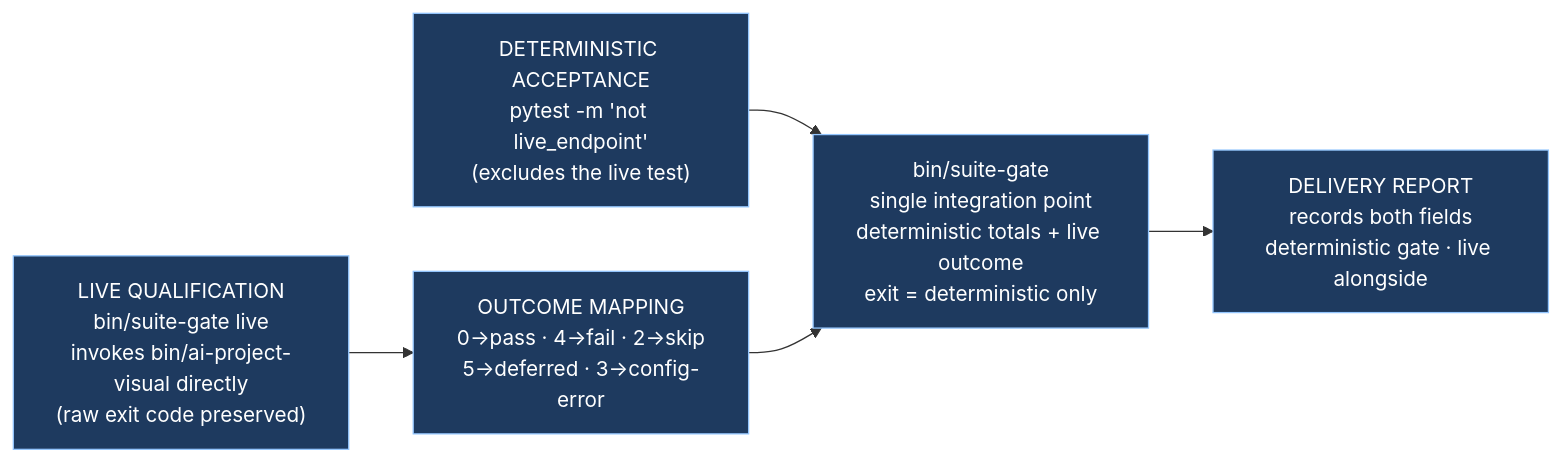
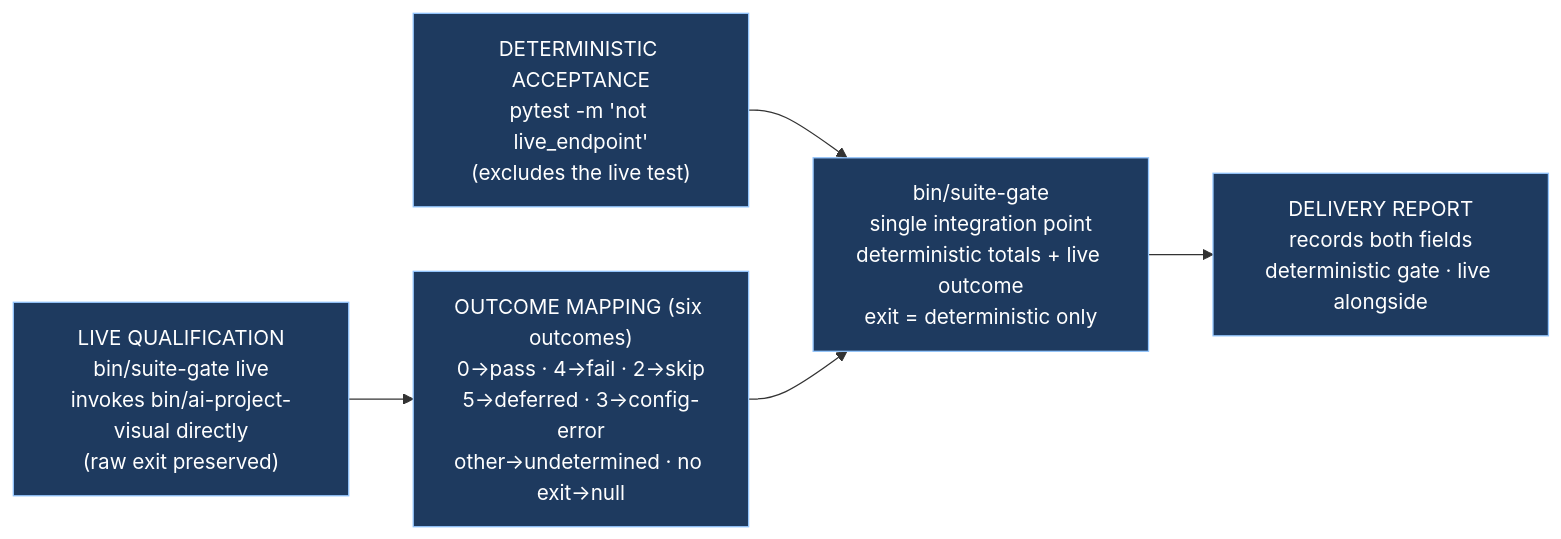
One commit to panchew/ai-project-system changed the diagram in docs/phases/P13__Daily_Fleet_Operation_in_Drivr/P13-M48-E48.2__spec__deterministic-acceptance-live-qualification-separate.mmd. Above: the diagram before and after it, drawn with Mermaid.

Commit message:
governance(P13-M48): E48.2 diagram — six outcomes, other→undetermined, no fabricated opt-out exit

```diff
--- a/docs/phases/P13__Daily_Fleet_Operation_in_Drivr/P13-M48-E48.2__spec__deterministic-acceptance-live-qualification-separate.mmd
+++ b/docs/phases/P13__Daily_Fleet_Operation_in_Drivr/P13-M48-E48.2__spec__deterministic-acceptance-live-qualification-separate.mmd
@@ -1,13 +1,13 @@
 flowchart LR
   DET["DETERMINISTIC ACCEPTANCE<br/>pytest -m 'not live_endpoint'<br/>(excludes the live test)"]
-  LIVE["LIVE QUALIFICATION<br/>bin/suite-gate live<br/>invokes bin/ai-project-visual directly<br/>(raw exit code preserved)"]
-  MAP["OUTCOME MAPPING<br/>0→pass · 4→fail · 2→skip<br/>5→deferred · 3→config-error"]
+  LIVE["LIVE QUALIFICATION<br/>bin/suite-gate live<br/>invokes bin/ai-project-visual directly<br/>(raw exit preserved)"]
+  MAP["OUTCOME MAPPING (six outcomes)<br/>0→pass · 4→fail · 2→skip<br/>5→deferred · 3→config-error<br/>other→undetermined · no exit→null"]
   GATE["bin/suite-gate<br/>single integration point<br/>deterministic totals + live outcome<br/>exit = deterministic only"]
   REP["DELIVERY REPORT<br/>records both fields<br/>deterministic gate · live alongside"]
 
   DET --> GATE
   LIVE --> MAP --> GATE
   GATE --> REP
 
   classDef a fill:#1e3a5f,stroke:#93c5fd,color:#fff
   class DET,LIVE,MAP,GATE,REP a
```
